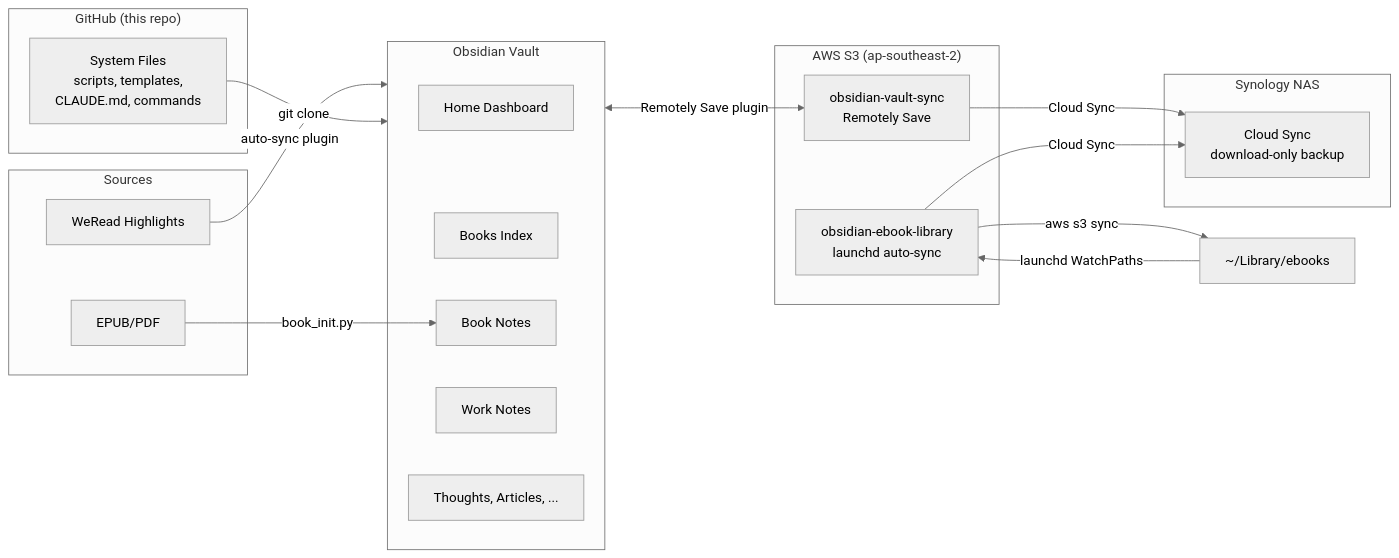
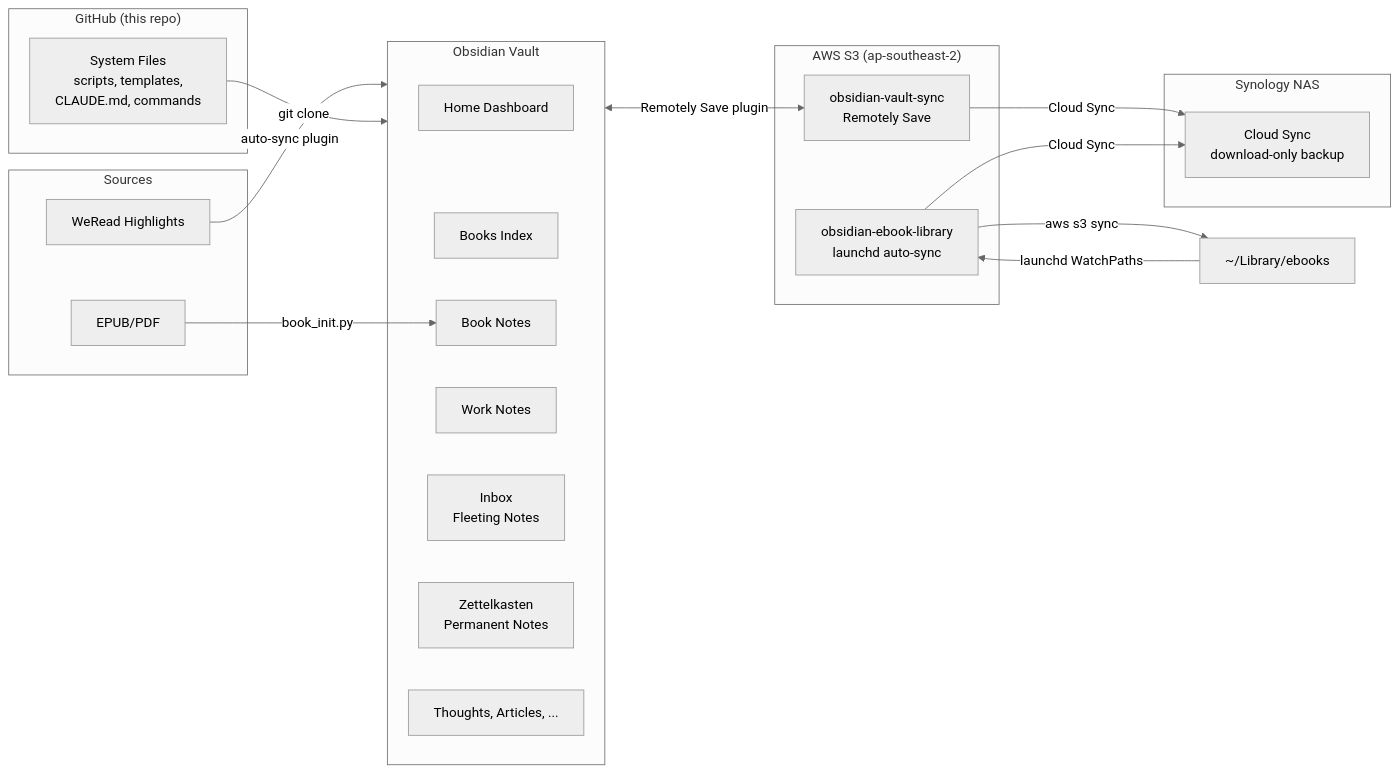
Before and after one commit to yepengfan/obsidian-workflow: the first of 3 diagrams in README.md, drawn with Mermaid (neutral theme). The commit also changed other lines of this file and 10 other files, not shown here.

````diff
--- a/README.md
+++ b/README.md
@@ -27,37 +29,39 @@
 ```mermaid
 graph LR
     subgraph Sources
         EPUB[EPUB/PDF]
         WR[WeRead Highlights]
     end
 
     subgraph GitHub["GitHub (this repo)"]
         SYS[System Files<br/>scripts, templates,<br/>CLAUDE.md, commands]
     end
 
     subgraph Vault["Obsidian Vault"]
         HOME[Home Dashboard]
         IDX[Books Index]
         BOOKS[Book Notes]
         WORK[Work Notes]
+        INBOX[Inbox<br/>Fleeting Notes]
+        ZK[Zettelkasten<br/>Permanent Notes]
         OTHER[Thoughts, Articles, ...]
     end
 
     subgraph AWS["AWS S3 (ap-southeast-2)"]
         S3V[obsidian-vault-sync<br/>Remotely Save]
         S3E[obsidian-ebook-library<br/>launchd auto-sync]
     end
 
     subgraph NAS["Synology NAS"]
         BACKUP[Cloud Sync<br/>download-only backup]
     end
 
     EBOOKS[~/Library/ebooks] -->|launchd WatchPaths| S3E
     S3E -->|aws s3 sync| EBOOKS
     EPUB -->|book_init.py| BOOKS
     WR -->|auto-sync plugin| Vault
     SYS -->|git clone| Vault
     Vault <-->|Remotely Save plugin| S3V
     S3V -->|Cloud Sync| BACKUP
     S3E -->|Cloud Sync| BACKUP
 ```
````
